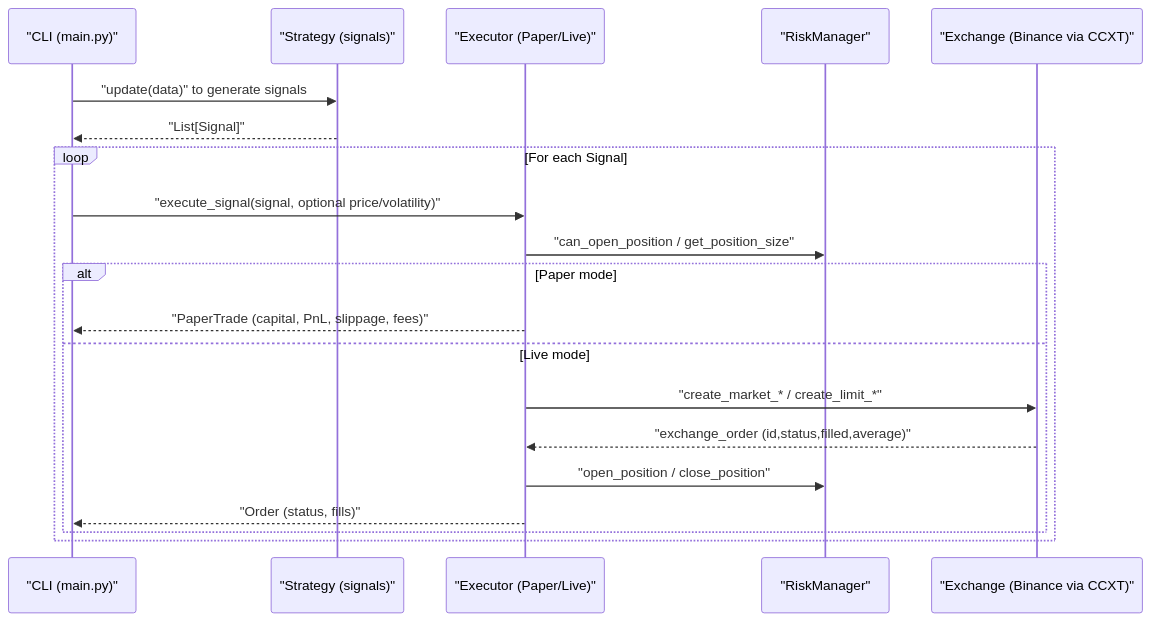
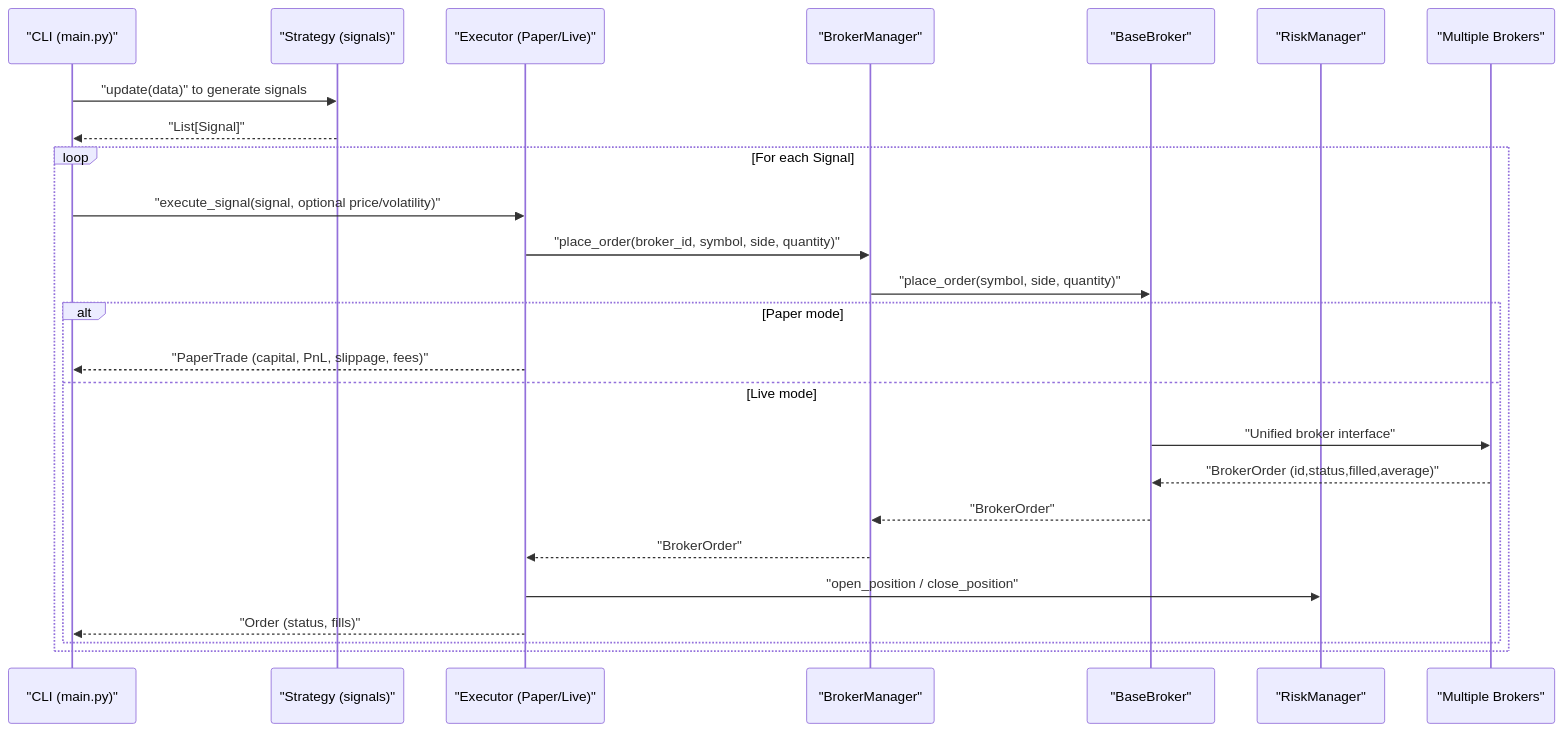
Before and after one commit to cavraeg-eng/Trading-App: the second of 8 diagrams in .qoder/repowiki/en/content/Execution Engine/Execution Engine.md, drawn with Mermaid. The commit also changed other lines of this file and 50 other files, not shown here.

````diff
--- a/.qoder/repowiki/en/content/Execution Engine/Execution Engine.md
+++ b/.qoder/repowiki/en/content/Execution Engine/Execution Engine.md
@@ -105,22 +148,27 @@
 ```mermaid
 sequenceDiagram
 participant CLI as "CLI (main.py)"
 participant Strat as "Strategy (signals)"
 participant Exec as "Executor (Paper/Live)"
+participant BM as "BrokerManager"
+participant BB as "BaseBroker"
 participant Risk as "RiskManager"
-participant Exch as "Exchange (Binance via CCXT)"
+participant Exch as "Multiple Brokers"
 CLI->>Strat : "update(data)" to generate signals
 Strat-->>CLI : "List[Signal]"
 loop For each Signal
 CLI->>Exec : "execute_signal(signal, optional price/volatility)"
-Exec->>Risk : "can_open_position / get_position_size"
+Exec->>BM : "place_order(broker_id, symbol, side, quantity)"
+BM->>BB : "place_order(symbol, side, quantity)"
 alt Paper mode
 Exec-->>CLI : "PaperTrade (capital, PnL, slippage, fees)"
 else Live mode
-Exec->>Exch : "create_market_* / create_limit_*"
-Exch-->>Exec : "exchange_order (id,status,filled,average)"
+BB->>Exch : "Unified broker interface"
+Exch-->>BB : "BrokerOrder (id,status,filled,average)"
+BB-->>BM : "BrokerOrder"
+BM-->>Exec : "BrokerOrder"
 Exec->>Risk : "open_position / close_position"
 Exec-->>CLI : "Order (status, fills)"
 end
 end
 ```
````
